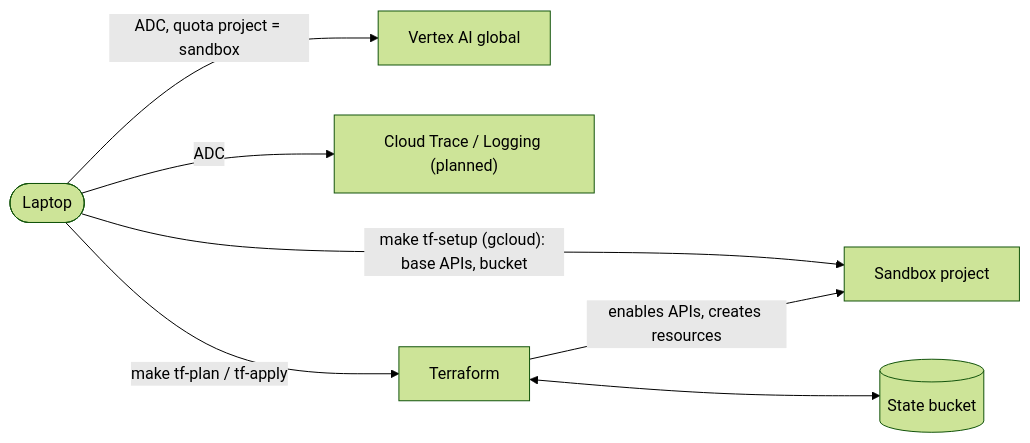
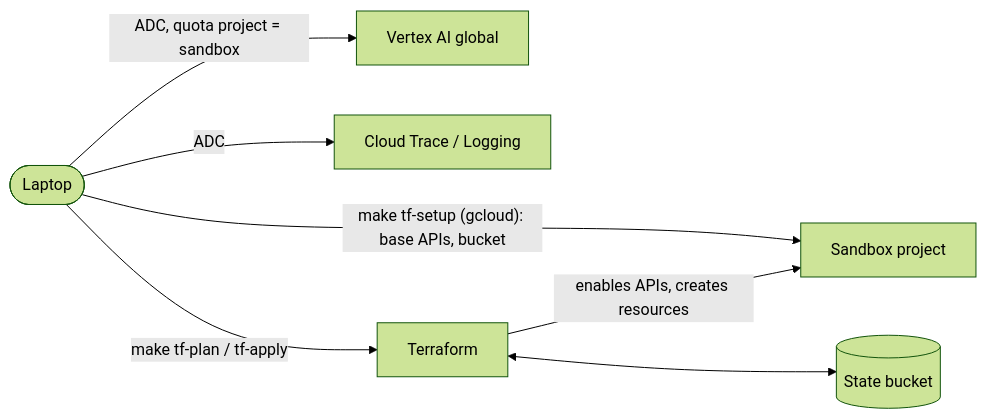
The third of 3 diagrams in docs/infrastructure.md (maxvandenhoven/imposter), drawn with Mermaid (forest theme) before and after one commit. The commit also changed other lines of this file and 24 other files, not shown here.

First line of the commit message:
feat(telemetry): trace games to Cloud Trace and Cloud Logging (#24)

````diff
--- a/docs/infrastructure.md
+++ b/docs/infrastructure.md
@@ -78,8 +78,8 @@
 ```mermaid
 flowchart LR
   laptop(["Laptop"]) -->|"ADC, quota project = sandbox"| vertex["Vertex AI global"]
-  laptop -->|"ADC"| trace["Cloud Trace / Logging (planned)"]
+  laptop -->|"ADC"| trace["Cloud Trace / Logging"]
   laptop -->|"make tf-setup (gcloud): base APIs, bucket"| project
   laptop -->|"make tf-plan / tf-apply"| tf["Terraform"] -->|"enables APIs, creates resources"| project["Sandbox project"]
   tf <--> bucket[("State bucket")]
 ```
````
